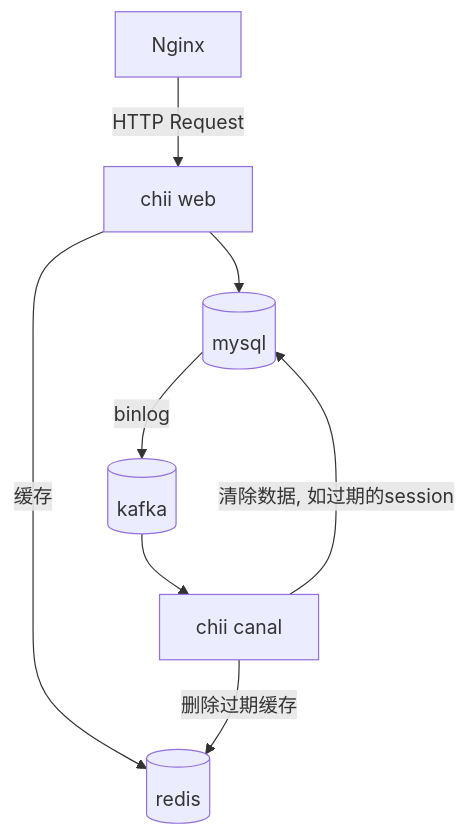
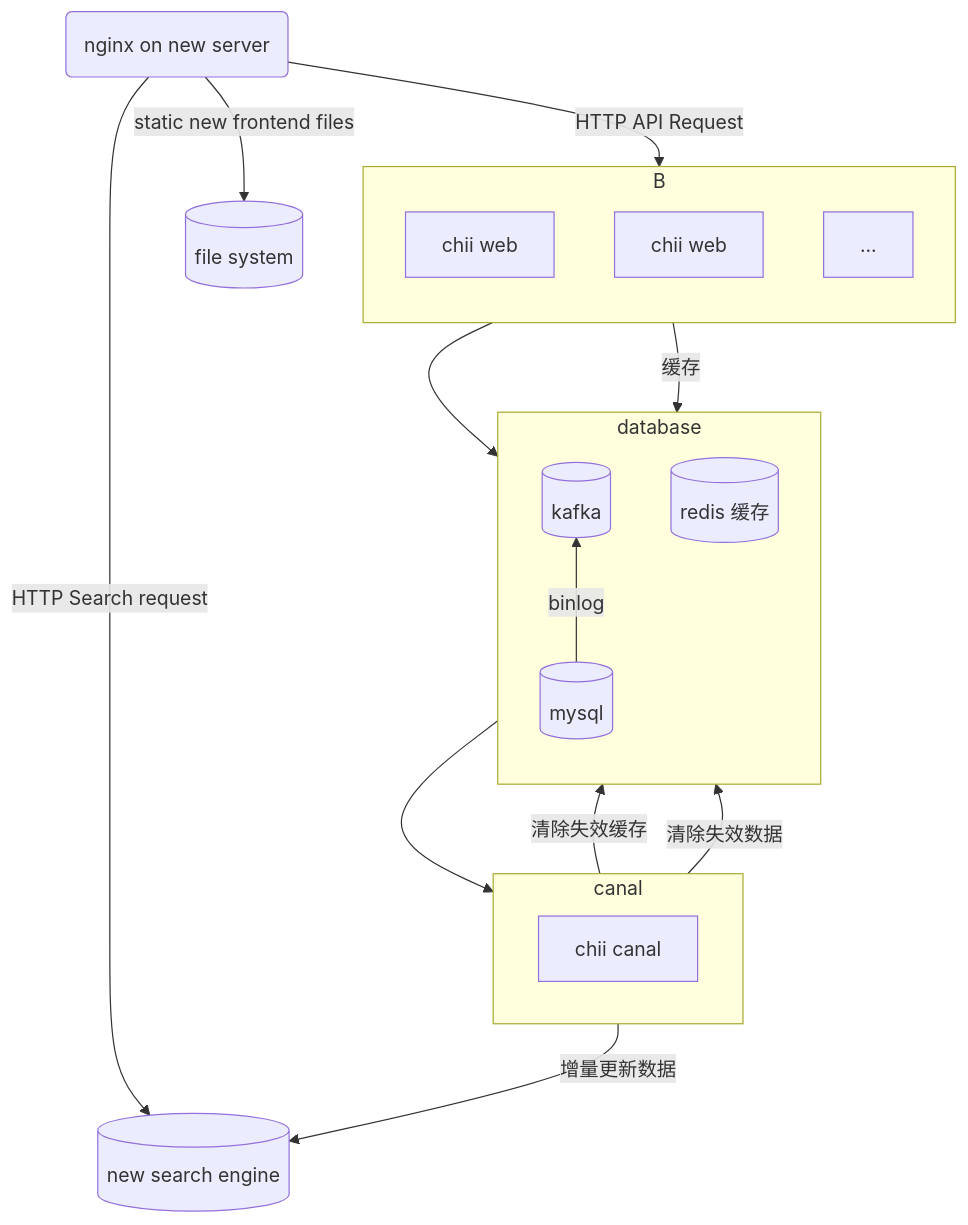
Before and after one commit to bangumi/server: the second of 2 diagrams in readme.md, drawn with Mermaid. The commit also changed other lines of this file and 3 other files, not shown here.

````diff
--- a/readme.md
+++ b/readme.md
@@ -65,9 +79,39 @@
 ```mermaid
-graph TD
-    Nginx -->|HTTP Request| B[chii web]
-    mysql[(mysql)] --> |binlog| kafka[(kafka)] --> C[chii canal]
-    B --> mysql
-    B --> |缓存|redis[(redis)]
-    C --> |删除过期缓存| redis
-    C --> |清除数据, 如过期的session| mysql
+flowchart TD
+  Nginx(nginx on new server);
+
+  Nginx -->|static new frontend files|FS[(file system)];
+
+  Nginx -->|HTTP API Request|B;
+  Nginx --> |HTTP Search request|meilisearch;
+
+  C --> |增量更新数据|meilisearch;
+
+  B --> mysql
+  B --> |缓存|redis
+  C --> |清除失效缓存|redis
+  C --> |清除失效数据|mysql
+  kafka --> C;
+
+
+  subgraph B
+    direction BT
+    B1[chii web];
+    B2[chii web];
+    ...
+  end
+
+  subgraph C[canal]
+    C1[chii canal];
+  end
+
+  meilisearch[(new search engine)];
+
+  subgraph Components[database]
+    direction BT
+    redis[(redis 缓存)]
+    mysql[(mysql)]
+    kafka[(kafka)]
+    mysql --> |binlog|kafka;
+  end
 ```
````
